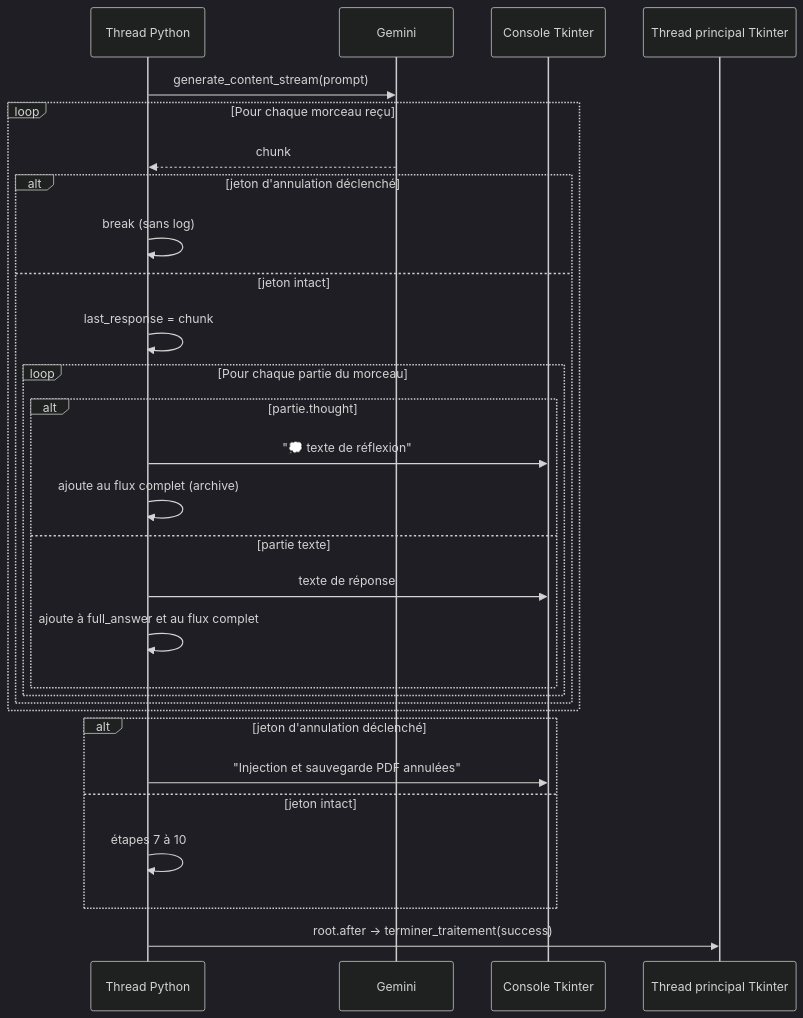
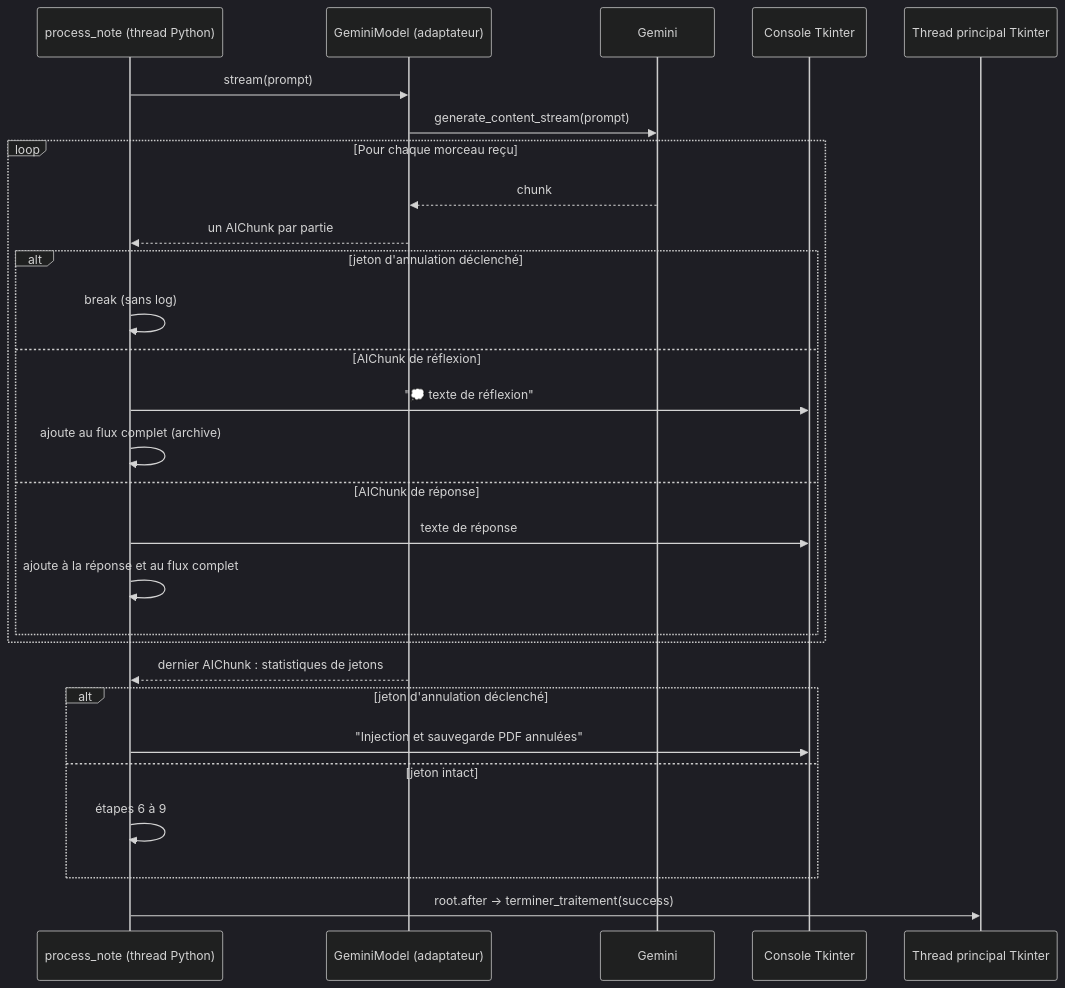
Before and after one commit to lecinquiemejour-code/PromptoDYS_app: the fourth of 8 diagrams in doc/WORKFLOW_GEMINI.md, drawn with Mermaid (dark theme). The commit also changed other lines of this file and 6 other files, not shown here.

````diff
--- a/doc/WORKFLOW_GEMINI.md
+++ b/doc/WORKFLOW_GEMINI.md
@@ -154,32 +158,31 @@
 ```mermaid
 sequenceDiagram
-    participant TK as Thread Python
+    participant TK as process_note (thread Python)
+    participant AD as GeminiModel (adaptateur)
     participant G as Gemini
     participant GUI as Console Tkinter
     participant MAIN as Thread principal Tkinter
 
-    TK->>G: generate_content_stream(prompt)
+    TK->>AD: stream(prompt)
+    AD->>G: generate_content_stream(prompt)
     loop Pour chaque morceau reçu
-        G-->>TK: chunk
+        G-->>AD: chunk
+        AD-->>TK: un AIChunk par partie
         alt jeton d'annulation déclenché
             TK->>TK: break (sans log)
-        else jeton intact
-            TK->>TK: last_response = chunk
-            loop Pour chaque partie du morceau
-                alt partie.thought
-                    TK->>GUI: "💭 texte de réflexion"
-                    TK->>TK: ajoute au flux complet (archive)
-                else partie texte
-                    TK->>GUI: texte de réponse
-                    TK->>TK: ajoute à full_answer et au flux complet
-                end
-            end
+        else AIChunk de réflexion
+            TK->>GUI: "💭 texte de réflexion"
+            TK->>TK: ajoute au flux complet (archive)
+        else AIChunk de réponse
+            TK->>GUI: texte de réponse
+            TK->>TK: ajoute à la réponse et au flux complet
         end
     end
+    AD-->>TK: dernier AIChunk : statistiques de jetons
     alt jeton d'annulation déclenché
         TK->>GUI: "Injection et sauvegarde PDF annulées"
     else jeton intact
-        TK->>TK: étapes 7 à 10
+        TK->>TK: étapes 6 à 9
     end
     TK->>MAIN: root.after → terminer_traitement(success)
 ```
````
